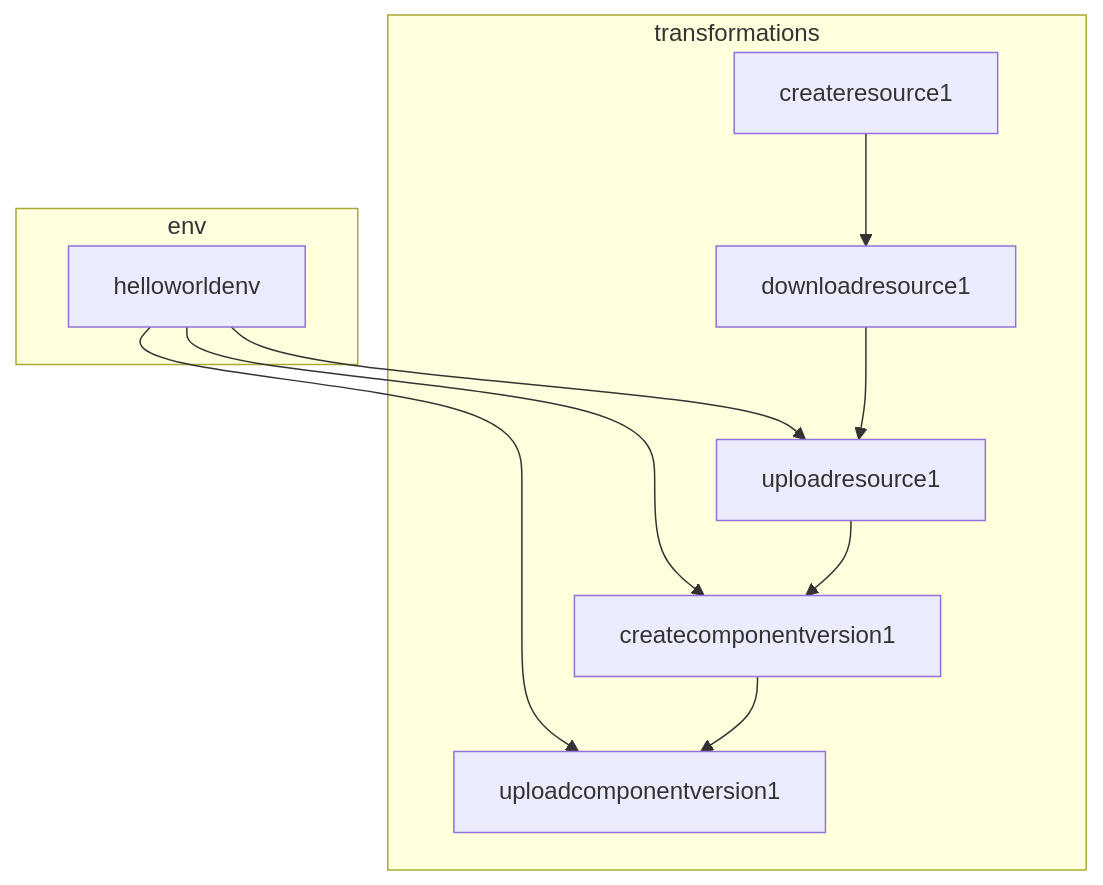
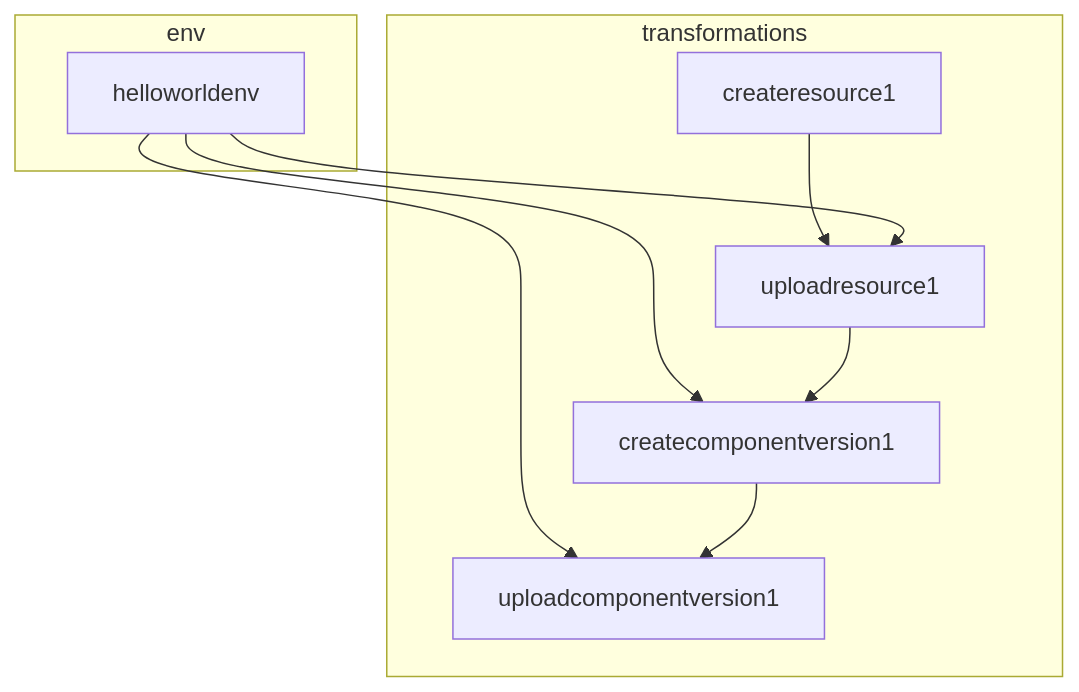
Before and after one commit to open-component-model/open-component-model: the second of 2 diagrams in docs/adr/0012_construct_as_transformation.md, drawn with Mermaid. The commit also changed other lines of this file, not shown here.

````diff
--- a/docs/adr/0012_construct_as_transformation.md
+++ b/docs/adr/0012_construct_as_transformation.md
@@ -239,20 +232,18 @@
 ```mermaid
 graph TD
   subgraph env
     A[helloworldenv]
   end
   subgraph transformations
     B[createresource1]
-    C[downloadresource1]
     D[uploadresource1]
     E[createcomponentversion1]
     F[uploadcomponentversion1]
   end
-  B --> C
+  B --> D
   A --> D
-  C --> D
   A --> E
   D --> E
   A --> F
   E --> F
 ``` 
````
